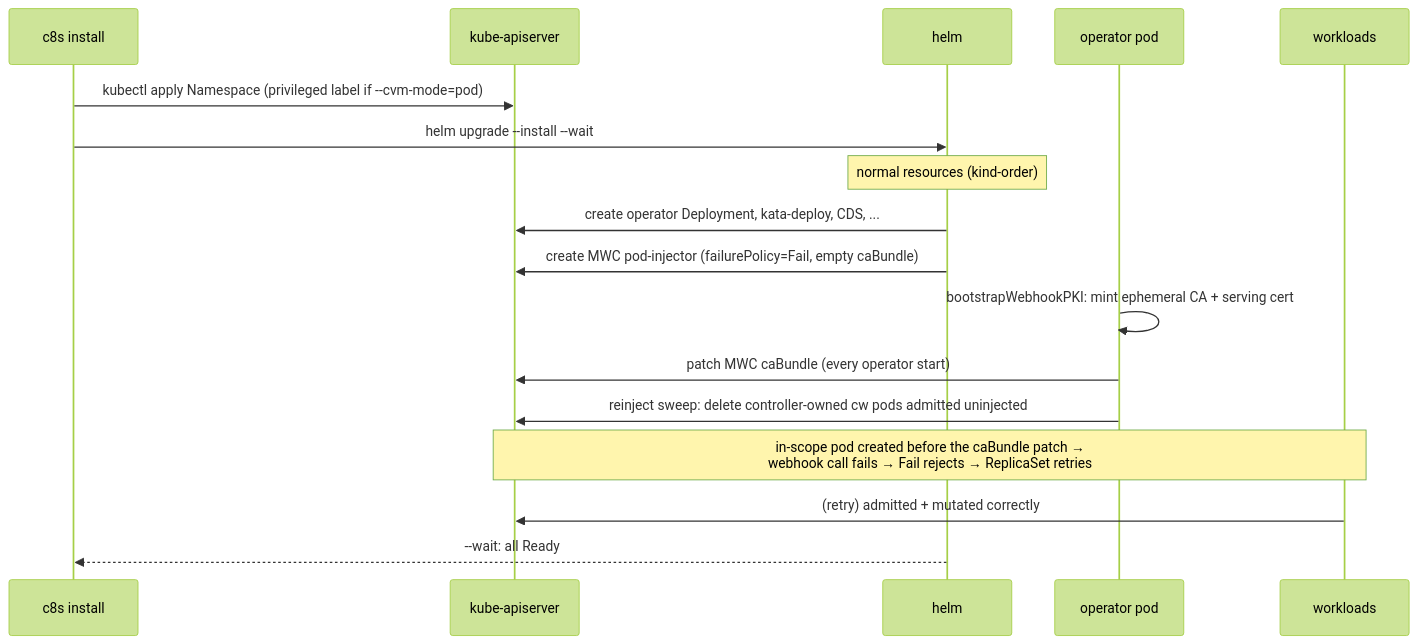
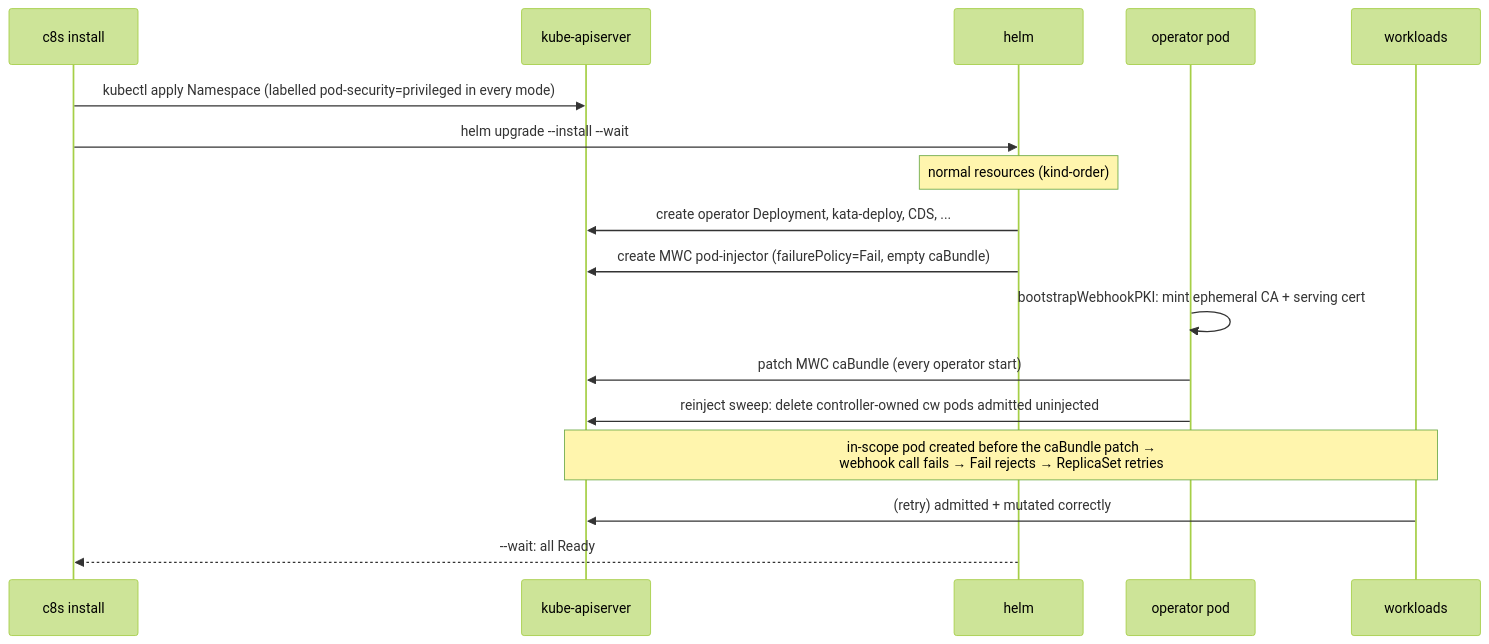
Before and after one commit to confidential-dot-ai/c8s: the second of 6 diagrams in docs/install-flows.md, drawn with Mermaid (forest theme). The commit also changed other lines of this file and 10 other files, not shown here.

````diff
--- a/docs/install-flows.md
+++ b/docs/install-flows.md
@@ -156,20 +154,20 @@
 ```mermaid
 sequenceDiagram
     participant CLI as c8s install
     participant K as kube-apiserver
     participant Helm as helm
     participant Op as operator pod
     participant Pods as workloads
 
-    CLI->>K: kubectl apply Namespace (privileged label if --cvm-mode=pod)
+    CLI->>K: kubectl apply Namespace (labelled pod-security=privileged in every mode)
     CLI->>Helm: helm upgrade --install --wait
     Note over Helm: normal resources (kind-order)
     Helm->>K: create operator Deployment, kata-deploy, CDS, ...
     Helm->>K: create MWC pod-injector (failurePolicy=Fail, empty caBundle)
     Op->>Op: bootstrapWebhookPKI: mint ephemeral CA + serving cert
     Op->>K: patch MWC caBundle (every operator start)
     Op->>K: reinject sweep: delete controller-owned cw pods admitted uninjected
     Note over Pods,K: in-scope pod created before the caBundle patch →<br/>webhook call fails → Fail rejects → ReplicaSet retries
     Pods->>K: (retry) admitted + mutated correctly
     Helm-->>CLI: --wait: all Ready
 ```
````
